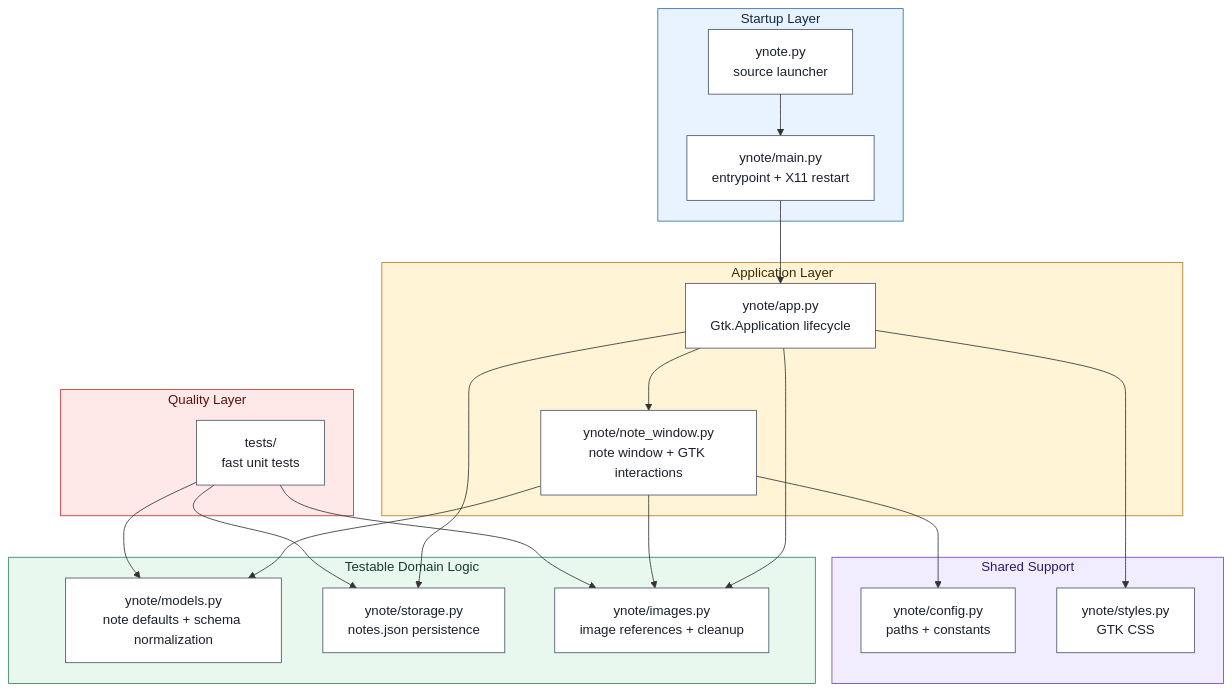
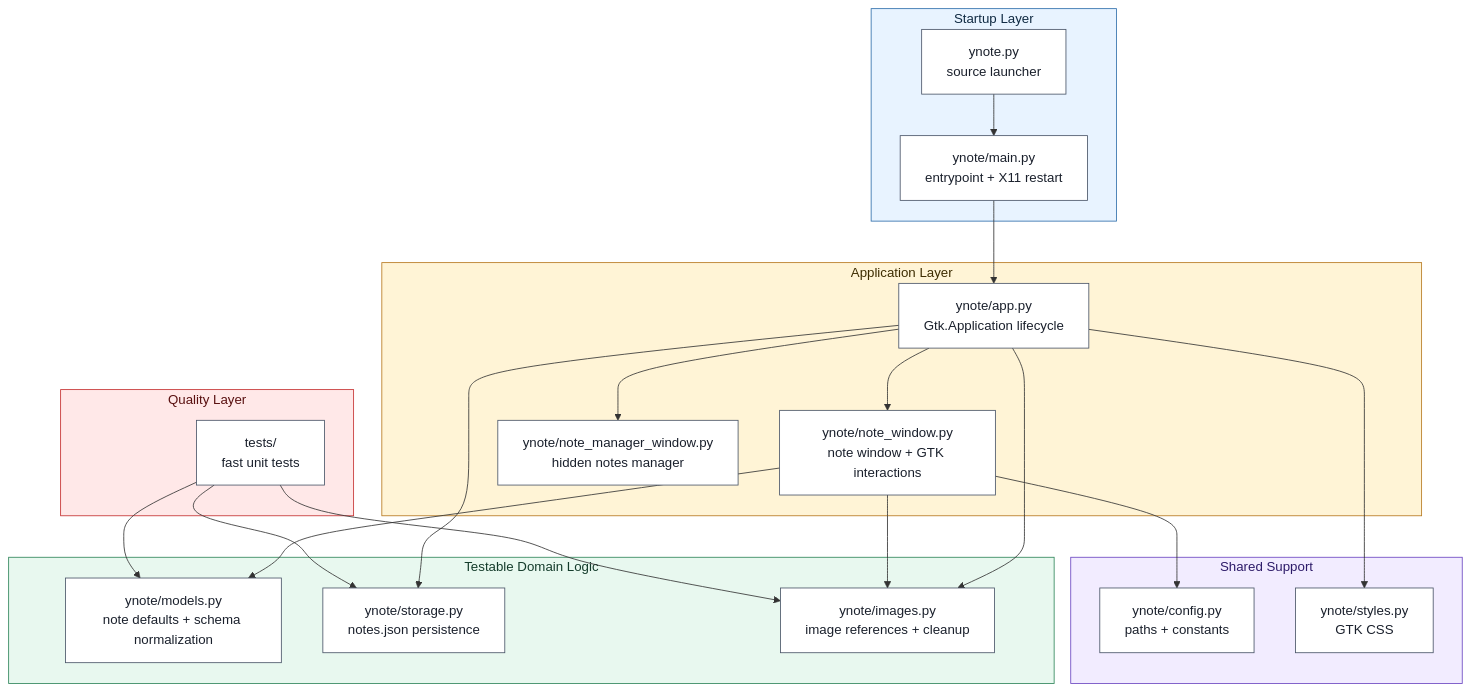
Before and after one commit to vacu9708/ynote: the first of 2 diagrams in README.md, drawn with Mermaid. The commit also changed other lines of this file and 2 other files, not shown here.

````diff
--- a/README.md
+++ b/README.md
@@ -41,49 +42,51 @@
 ```mermaid
 flowchart TD
     subgraph Startup["Startup Layer"]
         Launcher["ynote.py<br/>source launcher"]
         Main["ynote/main.py<br/>entrypoint + X11 restart"]
     end
 
     subgraph AppLayer["Application Layer"]
         App["ynote/app.py<br/>Gtk.Application lifecycle"]
         Window["ynote/note_window.py<br/>note window + GTK interactions"]
+        Manager["ynote/note_manager_window.py<br/>hidden notes manager"]
     end
 
     subgraph Domain["Testable Domain Logic"]
         Models["ynote/models.py<br/>note defaults + schema normalization"]
         Storage["ynote/storage.py<br/>notes.json persistence"]
         Images["ynote/images.py<br/>image references + cleanup"]
     end
 
     subgraph Support["Shared Support"]
         Config["ynote/config.py<br/>paths + constants"]
         Styles["ynote/styles.py<br/>GTK CSS"]
     end
 
     subgraph TestLayer["Quality Layer"]
         Tests["tests/<br/>fast unit tests"]
     end
 
     Launcher --> Main --> App
     App --> Window
+    App --> Manager
     App --> Storage
     App --> Images
     Window --> Models
     Window --> Images
     Window --> Config
     App --> Styles
     Tests --> Models
     Tests --> Storage
     Tests --> Images
 
     classDef module fill:#FFFFFF,stroke:#4A5568,stroke-width:1px,color:#1A202C
 
-    class Launcher,Main,App,Window,Models,Storage,Images,Config,Styles,Tests module
+    class Launcher,Main,App,Window,Manager,Models,Storage,Images,Config,Styles,Tests module
 
     style Startup fill:#E8F3FF,stroke:#2F6FAB,stroke-width:1px,color:#102A43
     style AppLayer fill:#FFF4D6,stroke:#B7791F,stroke-width:1px,color:#3D2C00
     style Domain fill:#E8F8EF,stroke:#2F855A,stroke-width:1px,color:#143C2B
     style Support fill:#F2ECFF,stroke:#6B46C1,stroke-width:1px,color:#2D1B69
     style TestLayer fill:#FFE8E8,stroke:#C53030,stroke-width:1px,color:#5A1111
 ```
````
